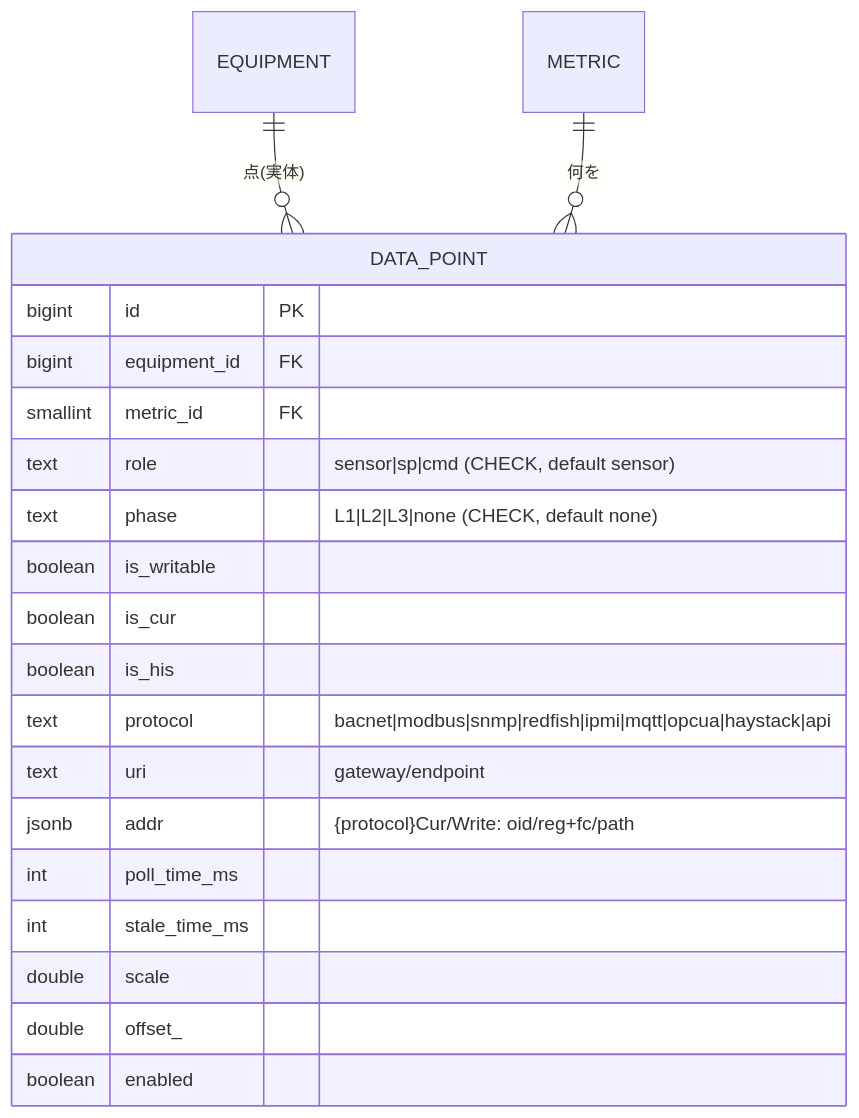
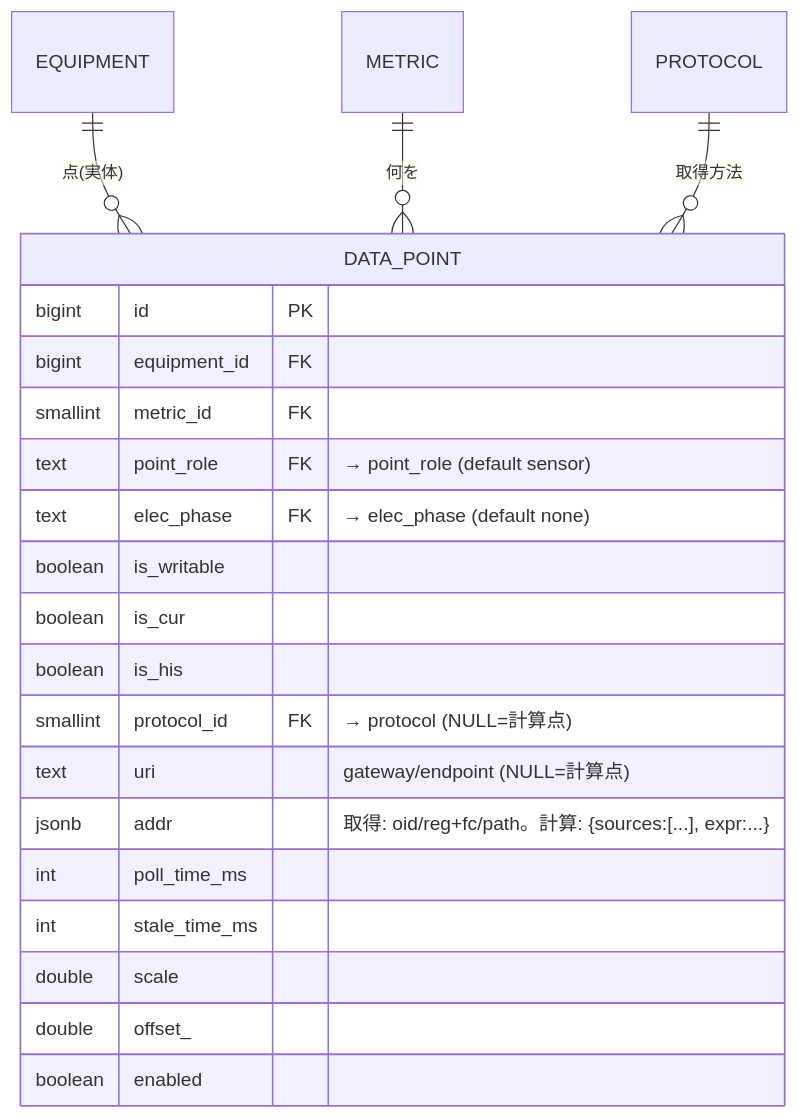
Before and after one commit to hn-11/dcim-schema-design: the fifth of 11 diagrams in 03-finalists.md, drawn with Mermaid. The commit also changed other lines of this file and 8 other files, not shown here.

First line of the commit message:
refactor(schema): 論理グルーピング追加 + 型制約全面改訂 + 構造リファクタ

````diff
--- a/03-finalists.md
+++ b/03-finalists.md
@@ -296,24 +312,25 @@
 ```mermaid
 erDiagram
     EQUIPMENT ||--o{ DATA_POINT : "点(実体)"
     METRIC ||--o{ DATA_POINT : "何を"
+    PROTOCOL ||--o{ DATA_POINT : "取得方法"
 
     DATA_POINT {
         bigint id PK
         bigint equipment_id FK
         smallint metric_id FK
-        text role "sensor|sp|cmd (CHECK, default sensor)"
-        text phase "L1|L2|L3|none (CHECK, default none)"
+        text point_role FK "→ point_role (default sensor)"
+        text elec_phase FK "→ elec_phase (default none)"
         boolean is_writable
         boolean is_cur
         boolean is_his
-        text protocol "bacnet|modbus|snmp|redfish|ipmi|mqtt|opcua|haystack|api"
-        text uri "gateway/endpoint"
-        jsonb addr "{protocol}Cur/Write: oid/reg+fc/path"
+        smallint protocol_id FK "→ protocol (NULL=計算点)"
+        text uri "gateway/endpoint (NULL=計算点)"
+        jsonb addr "取得: oid/reg+fc/path。計算: {sources:[...], expr:...}"
         int poll_time_ms
         int stale_time_ms
         double scale
         double offset_
         boolean enabled
     }
 ```
````
